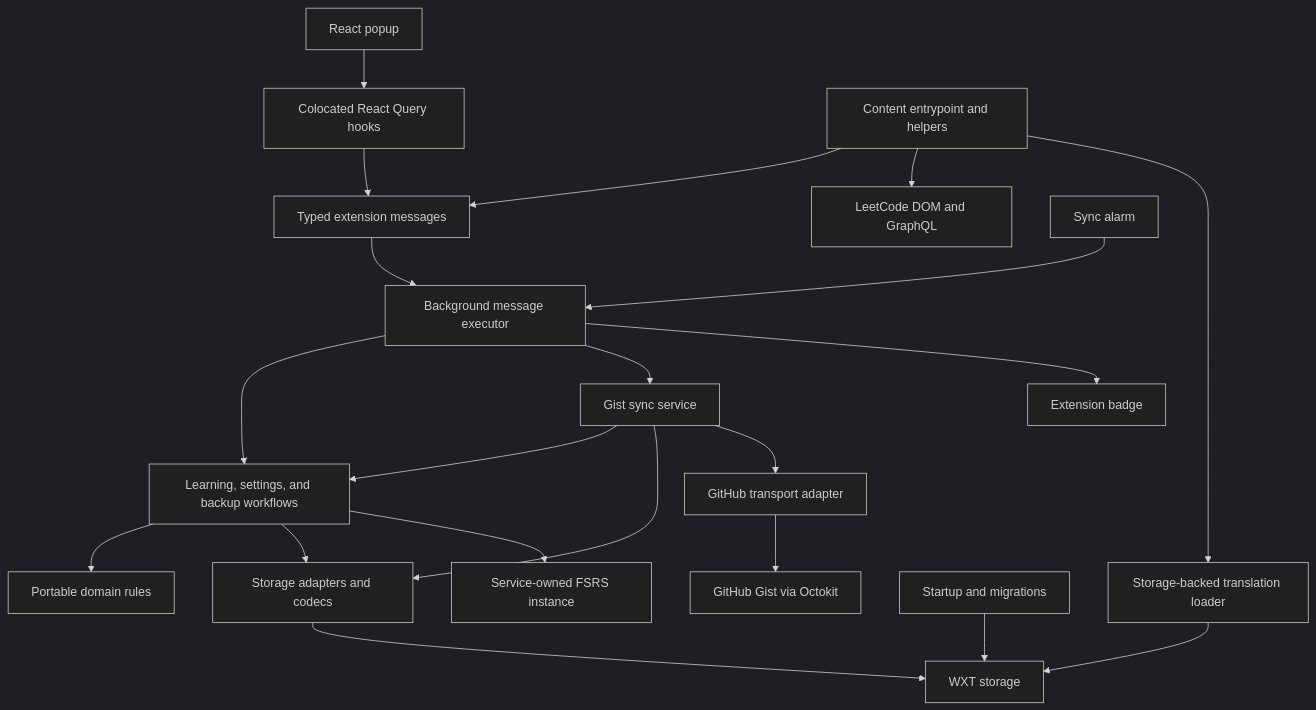
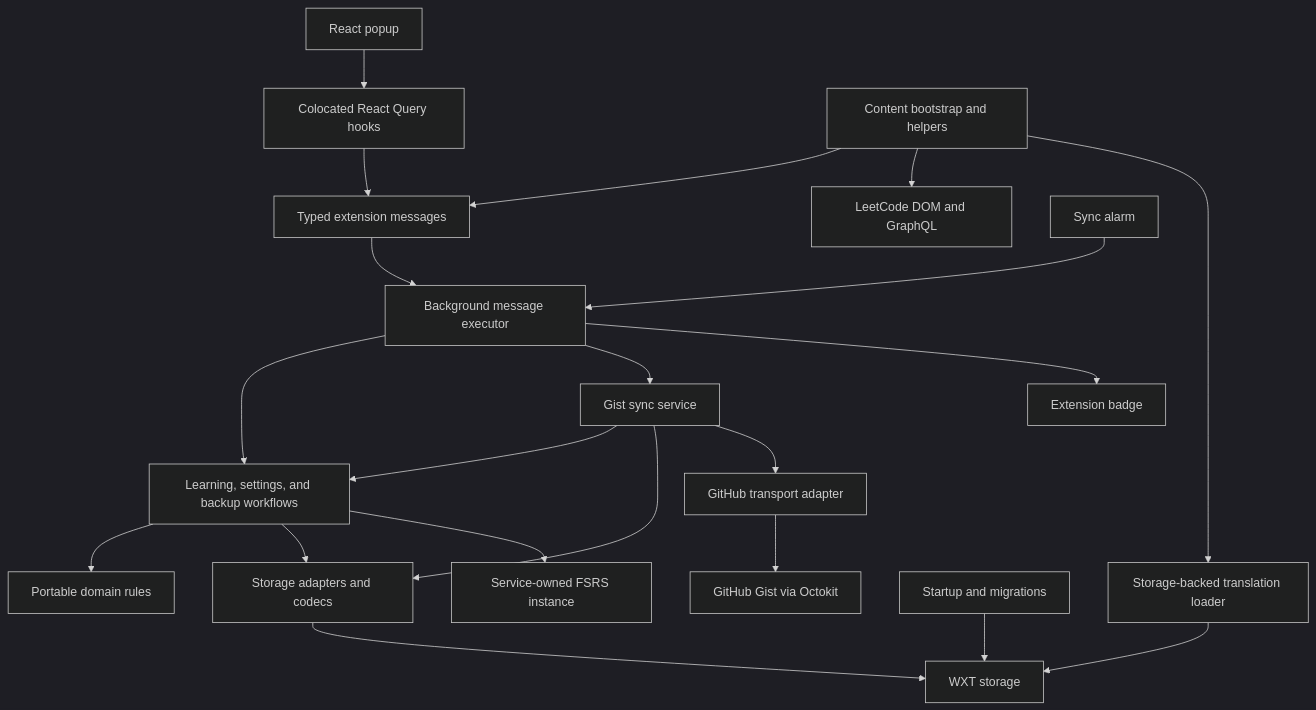
One commit to mattcdrake/LeetSRS changed the diagram in docs/architecture.md. Above: the diagram before and after it, drawn with Mermaid (dark theme). The commit also changed other lines of this file and 4 other files, not shown here.

First line of the commit message:
refactor: extract content bootstrap (#260)

````diff
--- a/docs/architecture.md
+++ b/docs/architecture.md
@@ -17,23 +17,23 @@
 ```mermaid
 flowchart TD
   Popup[React popup] --> Queries[Colocated React Query hooks]
   Queries --> Messages[Typed extension messages]
-  Content[Content entrypoint and helpers] --> Messages
+  Content[Content bootstrap and helpers] --> Messages
   Content --> Page[LeetCode DOM and GraphQL]
   Content --> I18n[Storage-backed translation loader]
   I18n --> Storage[WXT storage]
   Messages --> Executor[Background message executor]
   Alarm[Sync alarm] --> Executor
   Executor --> Services[Learning, settings, and backup workflows]
   Executor --> Sync[Gist sync service]
   Services --> Domain[Portable domain rules]
   Services --> Persistence[Storage adapters and codecs]
   Services --> FSRS[Service-owned FSRS instance]
   Persistence --> Storage
   Startup[Startup and migrations] --> Storage
   Sync --> Services
   Sync --> Persistence
   Sync --> Transport[GitHub transport adapter]
   Transport --> GitHub[GitHub Gist via Octokit]
   Executor --> Badge[Extension badge]
 ```
````
